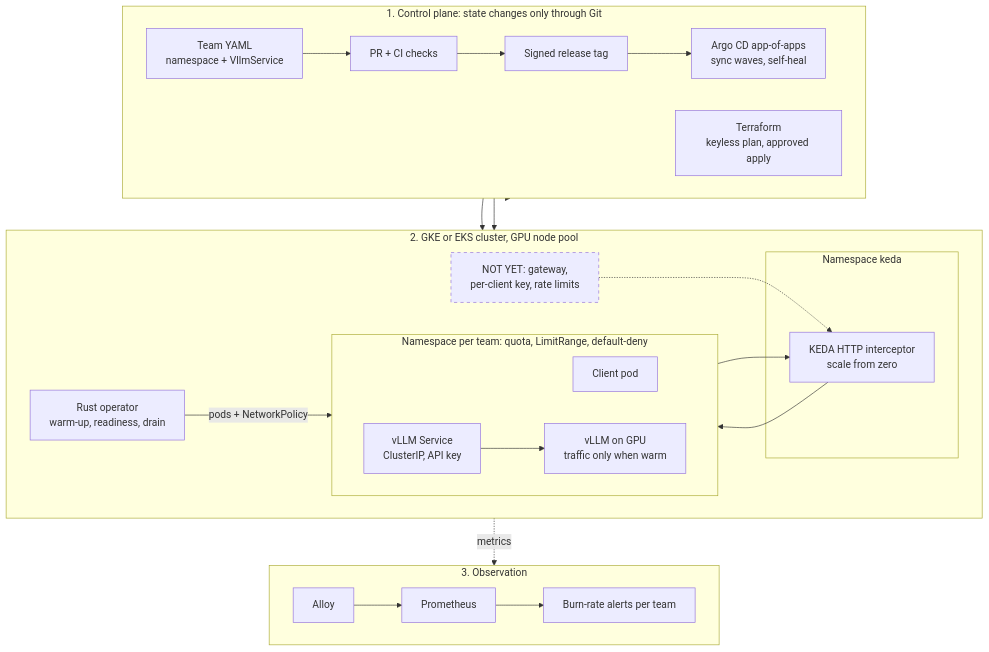
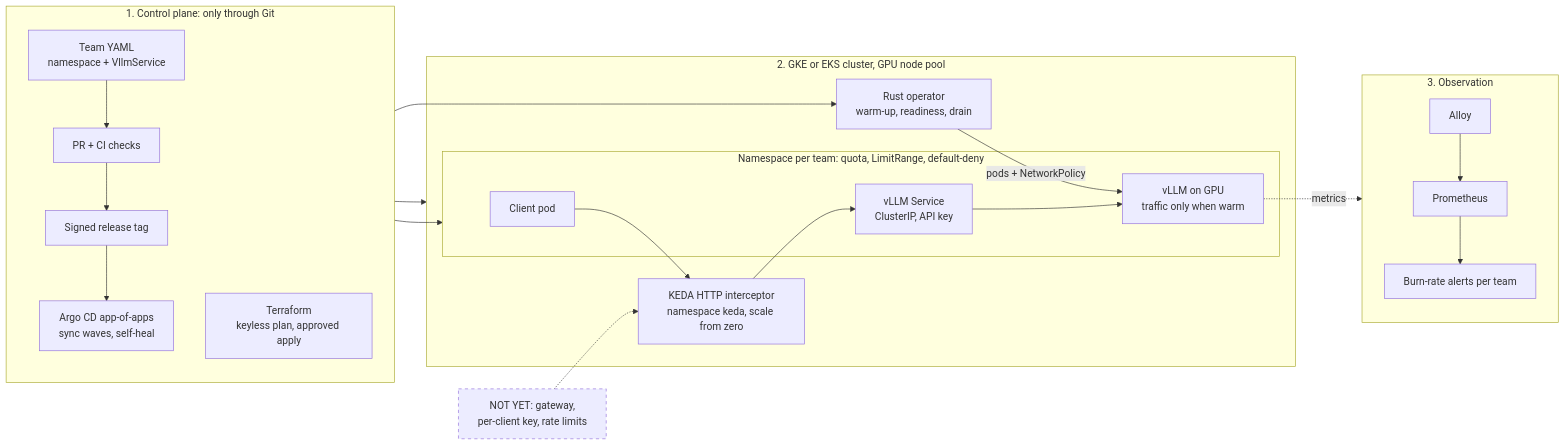
One commit to MicheleCampi/llm-inference-platform changed the diagram in conversations/2026-11-03-platform-engineer/platform.md. Above: the diagram before and after it, drawn with Mermaid.

Commit message:
platform.md: architecture diagram in three columns
Claude-Session: https://claude.ai/code/session_01NRUuZ74Qa8mWq7F9K3sp5N

````diff
--- a/conversations/2026-11-03-platform-engineer/platform.md
+++ b/conversations/2026-11-03-platform-engineer/platform.md
@@ -47,33 +47,30 @@
 ```mermaid
-flowchart TB
-  subgraph CP["1. Control plane: state changes only through Git"]
-    direction LR
+flowchart LR
+  subgraph CP["1. Control plane: only through Git"]
+    direction TB
     T["Team YAML<br/>namespace + VllmService"] --> PR["PR + CI checks"] --> TAG["Signed release tag"] --> ARGO["Argo CD app-of-apps<br/>sync waves, self-heal"]
     TF["Terraform<br/>keyless plan, approved apply"]
   end
   subgraph CL["2. GKE or EKS cluster, GPU node pool"]
-    direction LR
-    GW["NOT YET: gateway,<br/>per-client key, rate limits"]:::gap
     OP["Rust operator<br/>warm-up, readiness, drain"]
-    subgraph KNS["Namespace keda"]
-      KEDA["KEDA HTTP interceptor<br/>scale from zero"]
-    end
+    KEDA["KEDA HTTP interceptor<br/>namespace keda, scale from zero"]
     subgraph NS["Namespace per team: quota, LimitRange, default-deny"]
-      direction LR
       CLIENT["Client pod"]
-      SVC["vLLM Service<br/>ClusterIP, API key"] --> VLLM["vLLM on GPU<br/>traffic only when warm"]
+      SVC["vLLM Service<br/>ClusterIP, API key"]
+      VLLM["vLLM on GPU<br/>traffic only when warm"]
     end
   end
   subgraph OBS["3. Observation"]
-    direction LR
+    direction TB
     ALLOY["Alloy"] --> PROM["Prometheus"] --> ALERT["Burn-rate alerts per team"]
   end
+  GW["NOT YET: gateway,<br/>per-client key, rate limits"]:::gap
+  CLIENT --> KEDA --> SVC --> VLLM
   TF --> CL
   ARGO --> OP
   ARGO --> NS
-  CLIENT --> KEDA --> SVC
   OP -->|"pods + NetworkPolicy"| VLLM
   GW -.-> KEDA
   VLLM -.->|metrics| ALLOY
   classDef gap stroke-dasharray: 5 5
 ```
````
